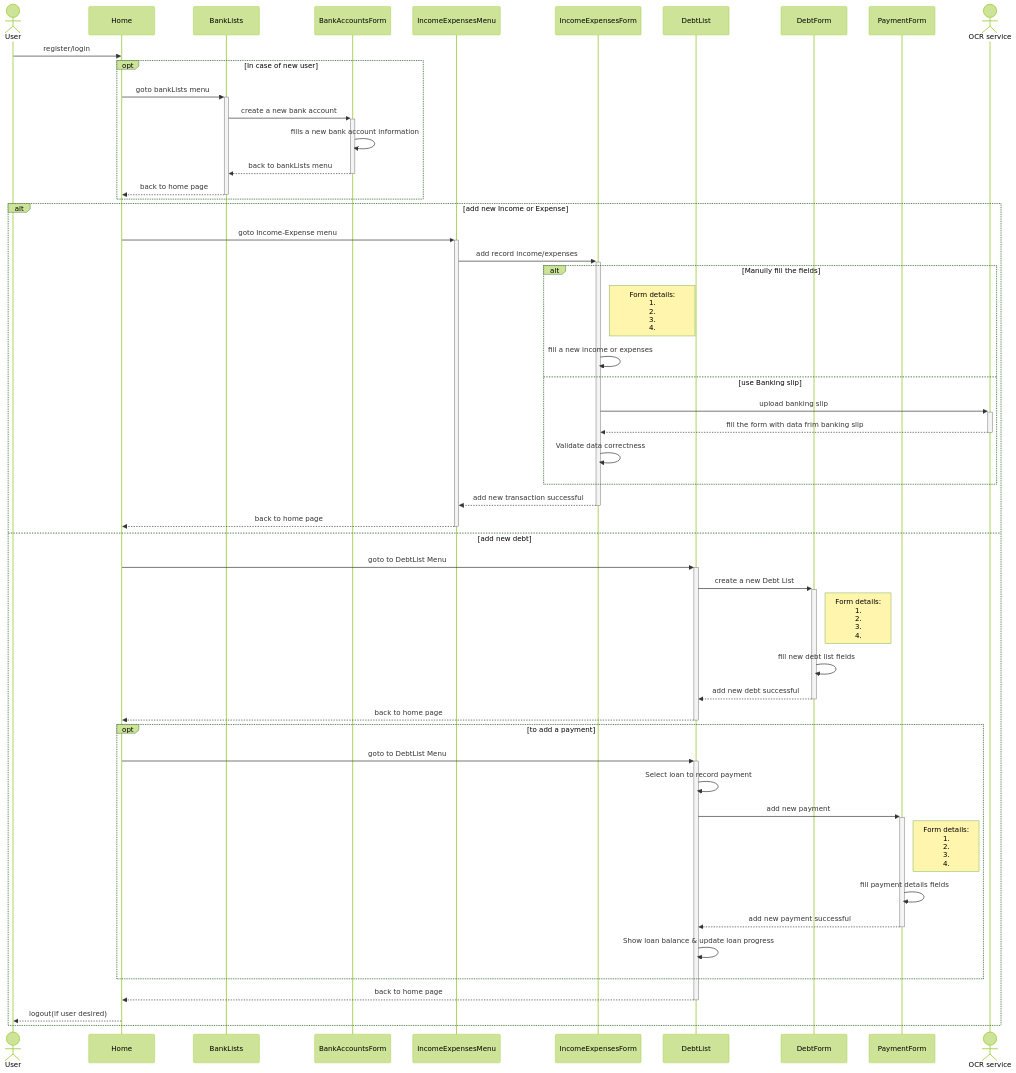
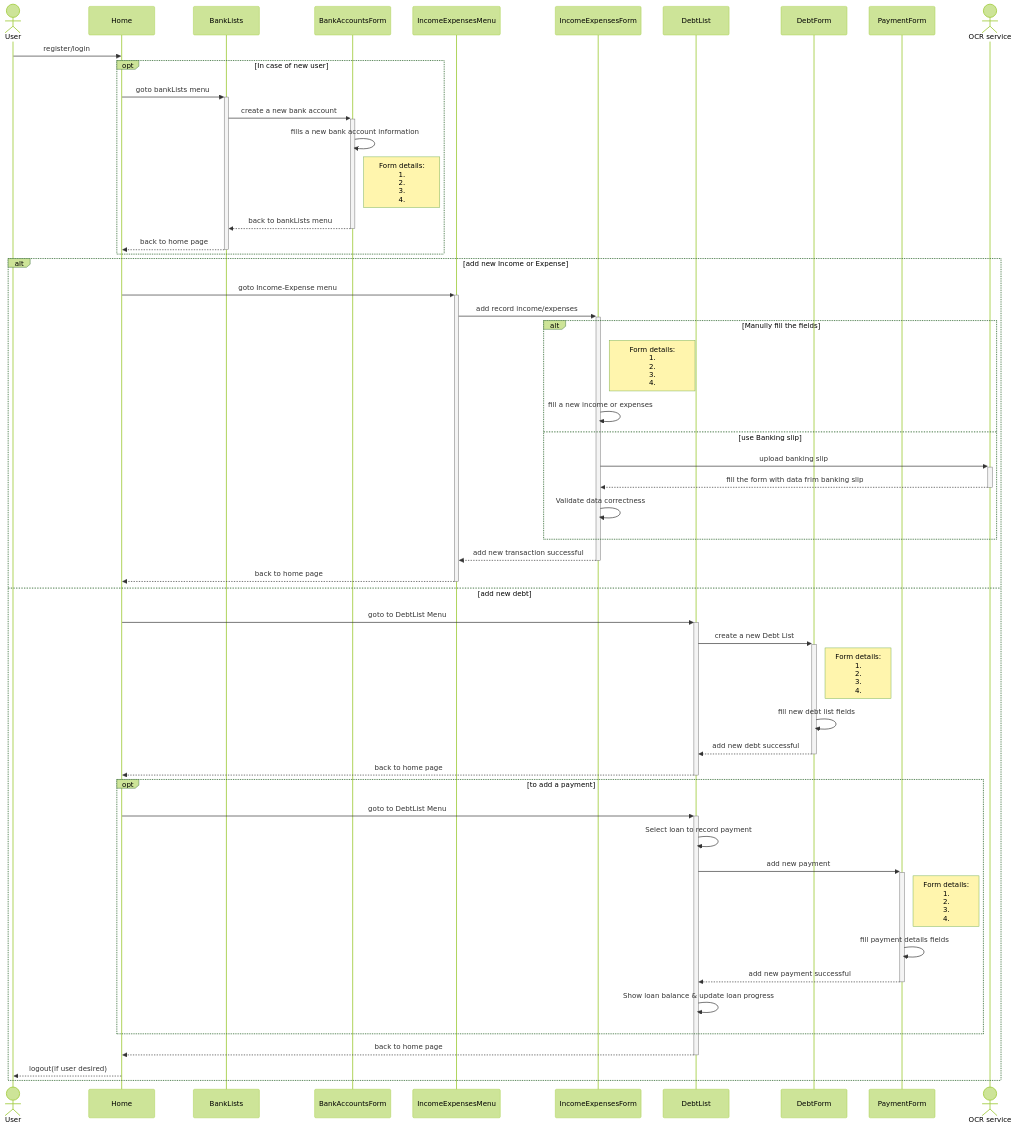
The diagram in design/UserFlow.mmd (SawatKia/WealthTracking), drawn with Mermaid (forest theme) before and after one commit.

Commit message:
update userFlow

```diff
--- a/design/UserFlow.mmd
+++ b/design/UserFlow.mmd
@@ -1,52 +1,53 @@
 sequenceDiagram
     actor User
     participant Home
     participant Bank as BankLists
     participant BankAccountsForm
     participant IncomeExpensesMenu
     participant IncomeExpensesForm
     participant DebtList
     participant DebtForm
     participant PaymentForm
     actor Ocr as OCR service
 
     User->>Home: register/login
     opt In case of new user
         Home->>+Bank: goto bankLists menu
         Bank->>+BankAccountsForm: create a new bank account
         BankAccountsForm->>BankAccountsForm: fills a new bank account information
+        Note right of BankAccountsForm: Form details:<br>1.<br>2.<br>3.<br>4. 
         BankAccountsForm-->>-Bank: back to bankLists menu
         Bank-->>-Home: back to home page
     end
     alt add new Income or Expense
         Home->>+IncomeExpensesMenu: goto Income-Expense menu
         IncomeExpensesMenu->>+IncomeExpensesForm: add record income/expenses
         alt Manully fill the fields
             Note right of IncomeExpensesForm: Form details:<br>1.<br>2.<br>3.<br>4. 
             IncomeExpensesForm->>IncomeExpensesForm: fill a new income or expenses
         else use Banking slip
             IncomeExpensesForm->>+Ocr: upload banking slip
             Ocr-->>-IncomeExpensesForm:fill the form with data frim banking slip
             IncomeExpensesForm->>IncomeExpensesForm:Validate data correctness
         end
         IncomeExpensesForm-->>-IncomeExpensesMenu: add new transaction successful
         IncomeExpensesMenu-->>-Home: back to home page
     else add new debt
         Home->>+DebtList: goto to DebtList Menu
         DebtList->>+DebtForm: create a new Debt List
         Note right of DebtForm: Form details:<br>1.<br>2.<br>3.<br>4. 
         DebtForm->>DebtForm: fill new debt list fields
         DebtForm-->>-DebtList: add new debt successful
         DebtList-->>-Home: back to home page
         opt to add a payment
             Home->>+DebtList: goto to DebtList Menu
             DebtList->>DebtList: Select loan to record payment
             DebtList->>+PaymentForm: add new payment
             Note right of PaymentForm: Form details:<br>1.<br>2.<br>3.<br>4. 
             PaymentForm->>PaymentForm: fill payment details fields
             PaymentForm-->>-DebtList: add new payment successful
             DebtList->>DebtList: Show loan balance & update loan progress
         end
         DebtList-->>-Home: back to home page
         Home-->>User: logout(if user desired)
     end
```
